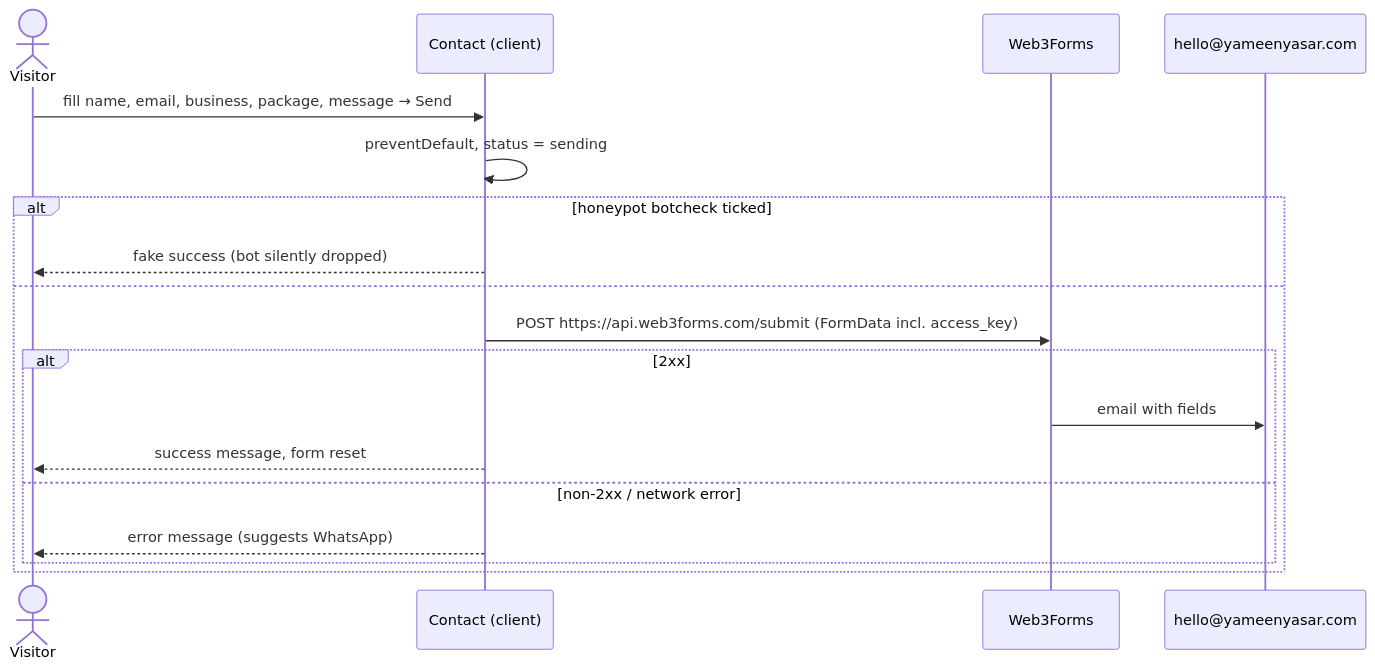
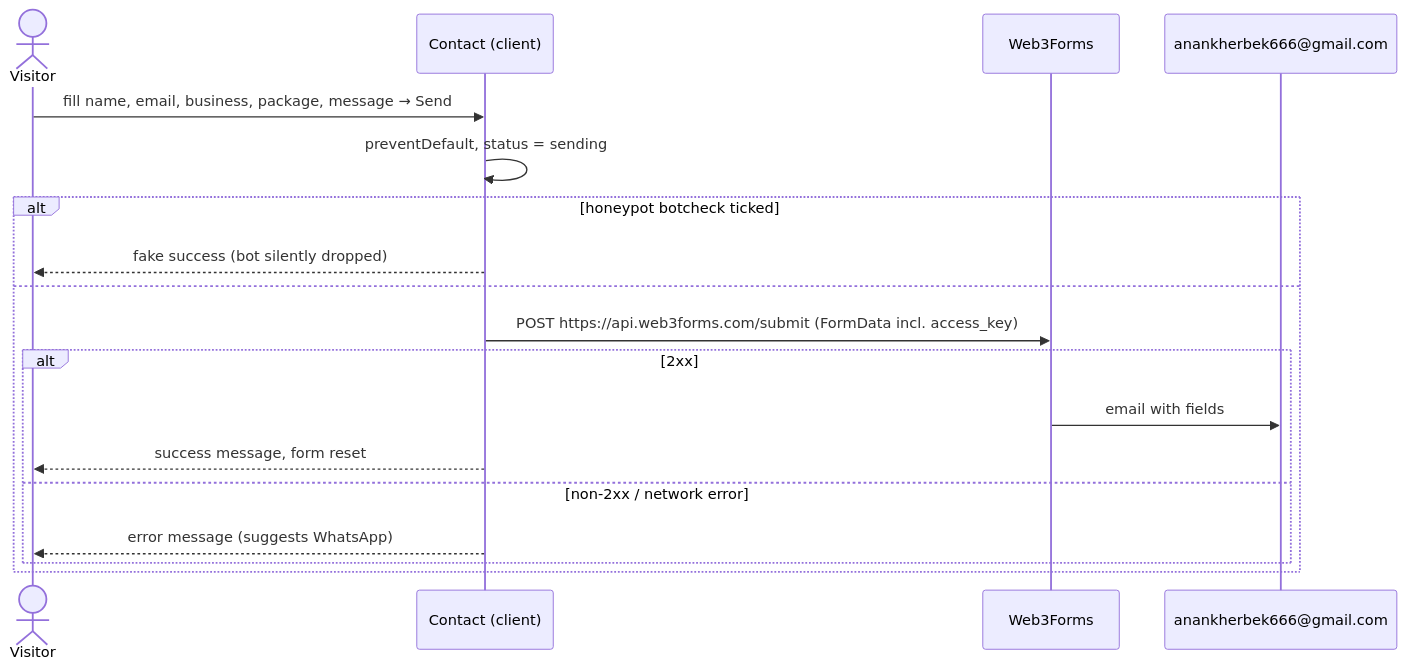
The seventh of 7 diagrams in ARCHITECTURE.md (Anan-kh666/YameenYasarStudio), drawn with Mermaid before and after one commit. The commit also changed other lines of this file and 9 other files, not shown here.

Commit message:
About: remove founder photo and study mention, Founder & CEO + AI Engineer; contact email to anankherbek666@gmail.com

````diff
--- a/ARCHITECTURE.md
+++ b/ARCHITECTURE.md
@@ -367,20 +367,20 @@
 ```mermaid
 sequenceDiagram
   actor U as Visitor
   participant C as Contact (client)
   participant W as Web3Forms
-  participant M as hello@yameenyasar.com
+  participant M as anankherbek666@gmail.com
   U->>C: fill name, email, business, package, message → Send
   C->>C: preventDefault, status = sending
   alt honeypot botcheck ticked
     C-->>U: fake success (bot silently dropped)
   else
     C->>W: POST https://api.web3forms.com/submit (FormData incl. access_key)
     alt 2xx
       W->>M: email with fields
       C-->>U: success message, form reset
     else non-2xx / network error
       C-->>U: error message (suggests WhatsApp)
     end
   end
 ```
````
